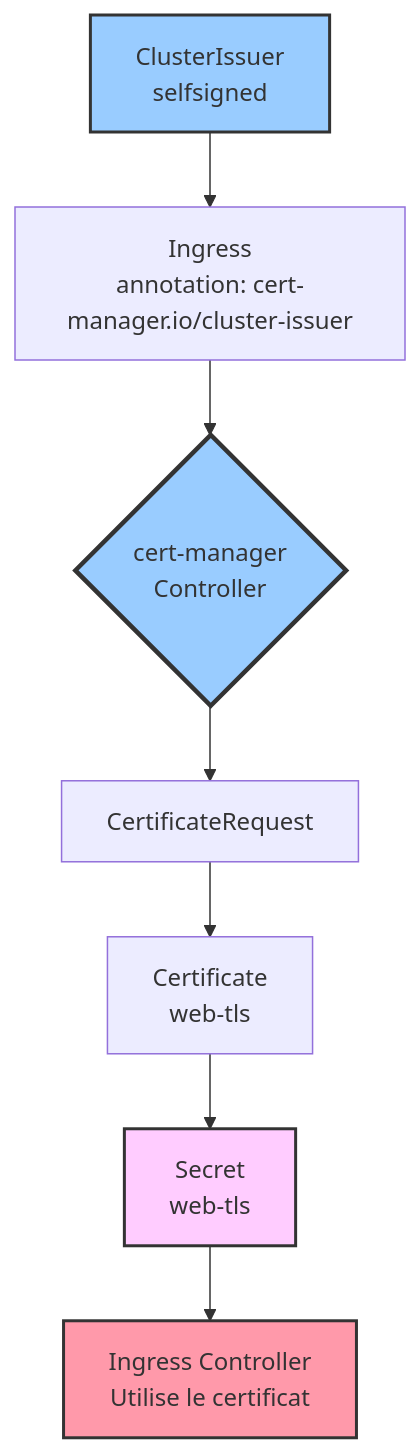
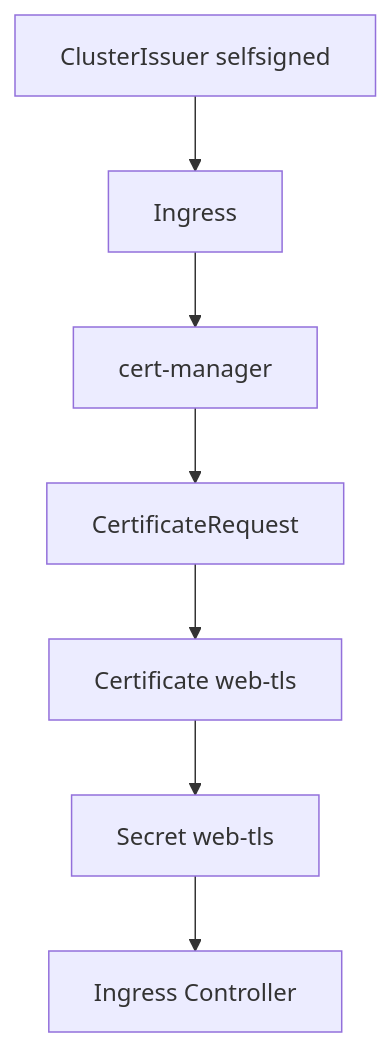
The fourth of 9 diagrams in ARCHITECTURE.md (MPFabio/S4-Ingress-TLS-Config-Secrets), drawn with Mermaid before and after one commit. The commit also changed other lines of this file, not shown here.

Commit message:
Simplify diagrams for better readability

````diff
--- a/ARCHITECTURE.md
+++ b/ARCHITECTURE.md
@@ -93,14 +75,9 @@
 ```mermaid
 flowchart TB
-    A[ClusterIssuer<br/>selfsigned] --> B[Ingress<br/>annotation: cert-manager.io/cluster-issuer]
-    B --> C{cert-manager<br/>Controller}
+    A[ClusterIssuer selfsigned] --> B[Ingress]
+    B --> C[cert-manager]
     C --> D[CertificateRequest]
-    D --> E[Certificate<br/>web-tls]
-    E --> F[Secret<br/>web-tls]
-    F --> G[Ingress Controller<br/>Utilise le certificat]
-    
-    style A fill:#9cf,stroke:#333,stroke-width:2px
-    style C fill:#9cf,stroke:#333,stroke-width:3px
-    style F fill:#fcf,stroke:#333,stroke-width:2px
-    style G fill:#f9a,stroke:#333,stroke-width:2px
+    D --> E[Certificate web-tls]
+    E --> F[Secret web-tls]
+    F --> G[Ingress Controller]
 ```
````
